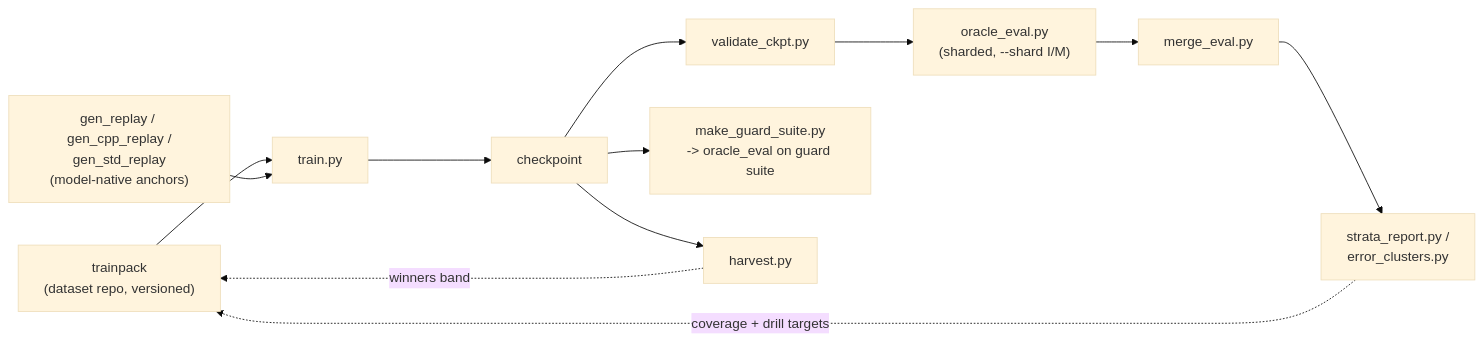
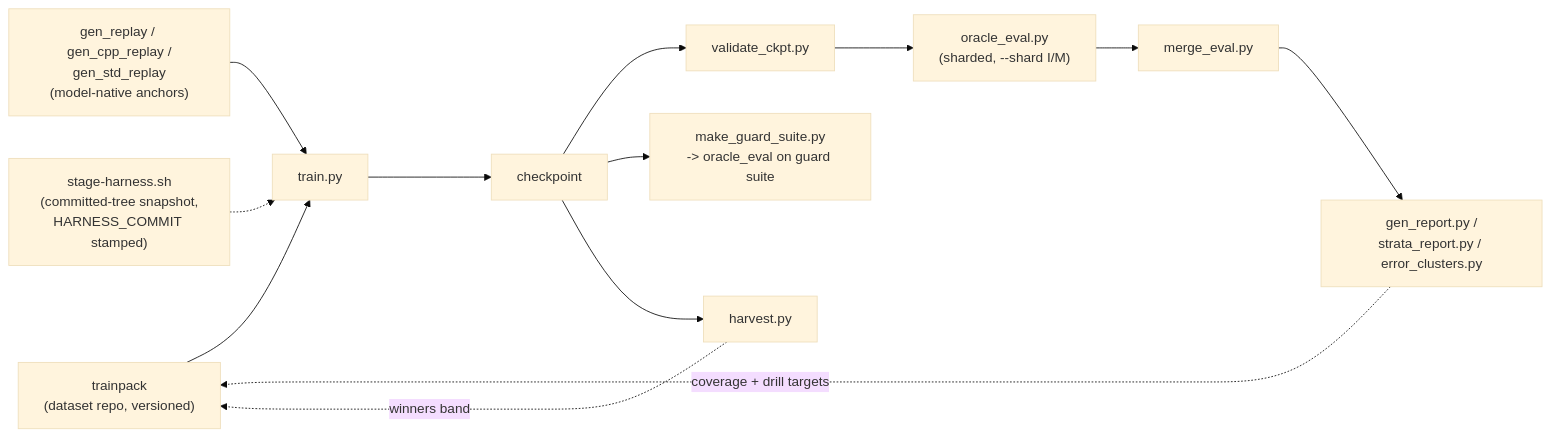
The first of 6 diagrams in docs/cli.md (storax-io/storax-ai-train-rocm), drawn with Mermaid (base theme) before and after one commit. The commit also changed other lines of this file and 1 other file, not shown here.

````diff
--- a/docs/cli.md
+++ b/docs/cli.md
@@ -11,11 +14,12 @@
 ```mermaid
 flowchart LR
     TP["trainpack<br/>(dataset repo, versioned)"] --> TR[train.py]
     RG["gen_replay / gen_cpp_replay /<br/>gen_std_replay<br/>(model-native anchors)"] --> TR
+    SH["stage-harness.sh<br/>(committed-tree snapshot,<br/>HARNESS_COMMIT stamped)"] -.-> TR
     TR --> CK[checkpoint]
     CK --> VA[validate_ckpt.py] --> EV["oracle_eval.py<br/>(sharded, --shard I/M)"]
-    EV --> ME[merge_eval.py] --> SR["strata_report.py /<br/>error_clusters.py"]
+    EV --> ME[merge_eval.py] --> RPT["gen_report.py /<br/>strata_report.py / error_clusters.py"]
     CK --> GS["make_guard_suite.py<br/>-> oracle_eval on guard suite"]
-    SR -. "coverage + drill targets" .-> TP
+    RPT -. "coverage + drill targets" .-> TP
     CK --> HV[harvest.py] -. "winners band" .-> TP
 ```
````
